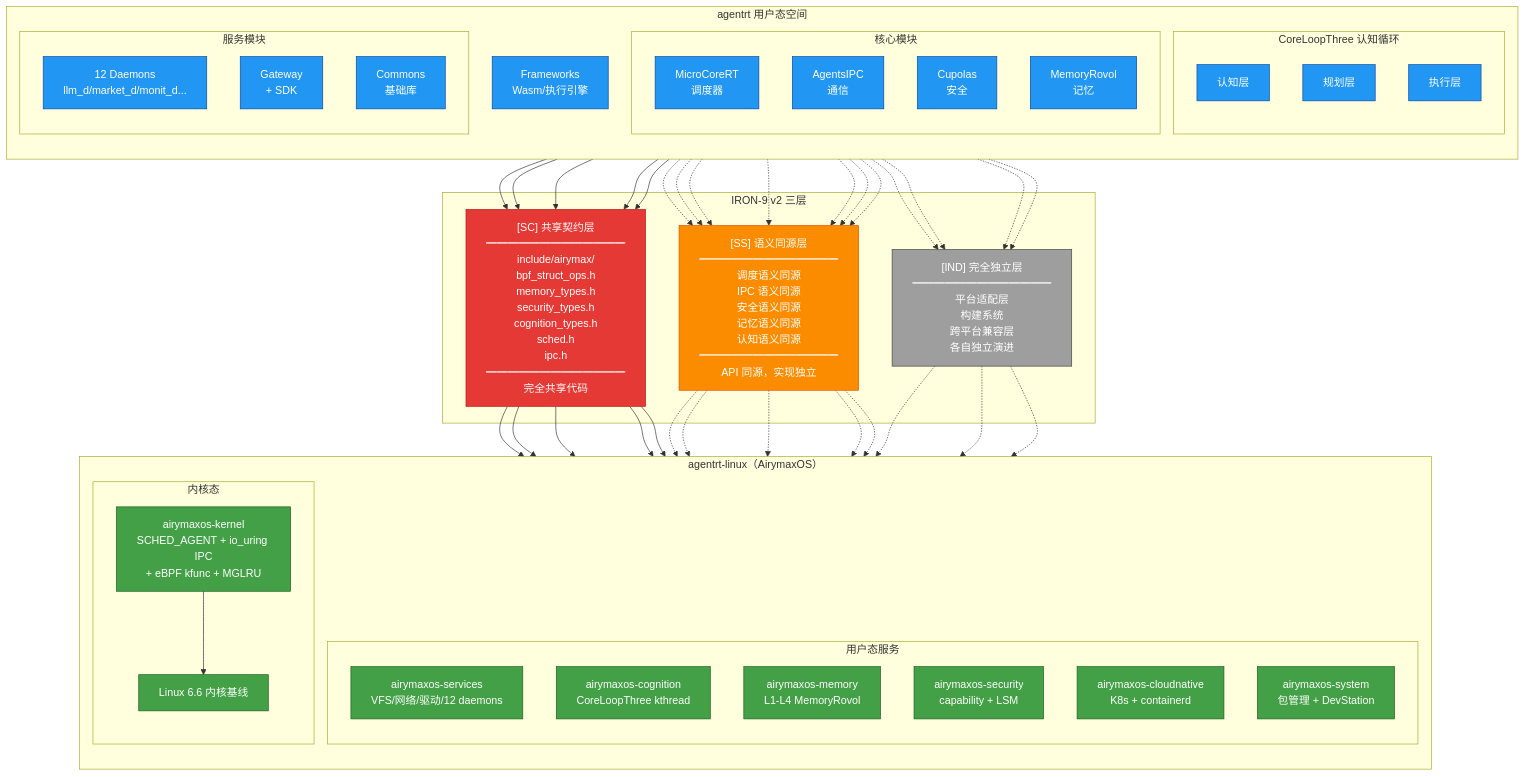
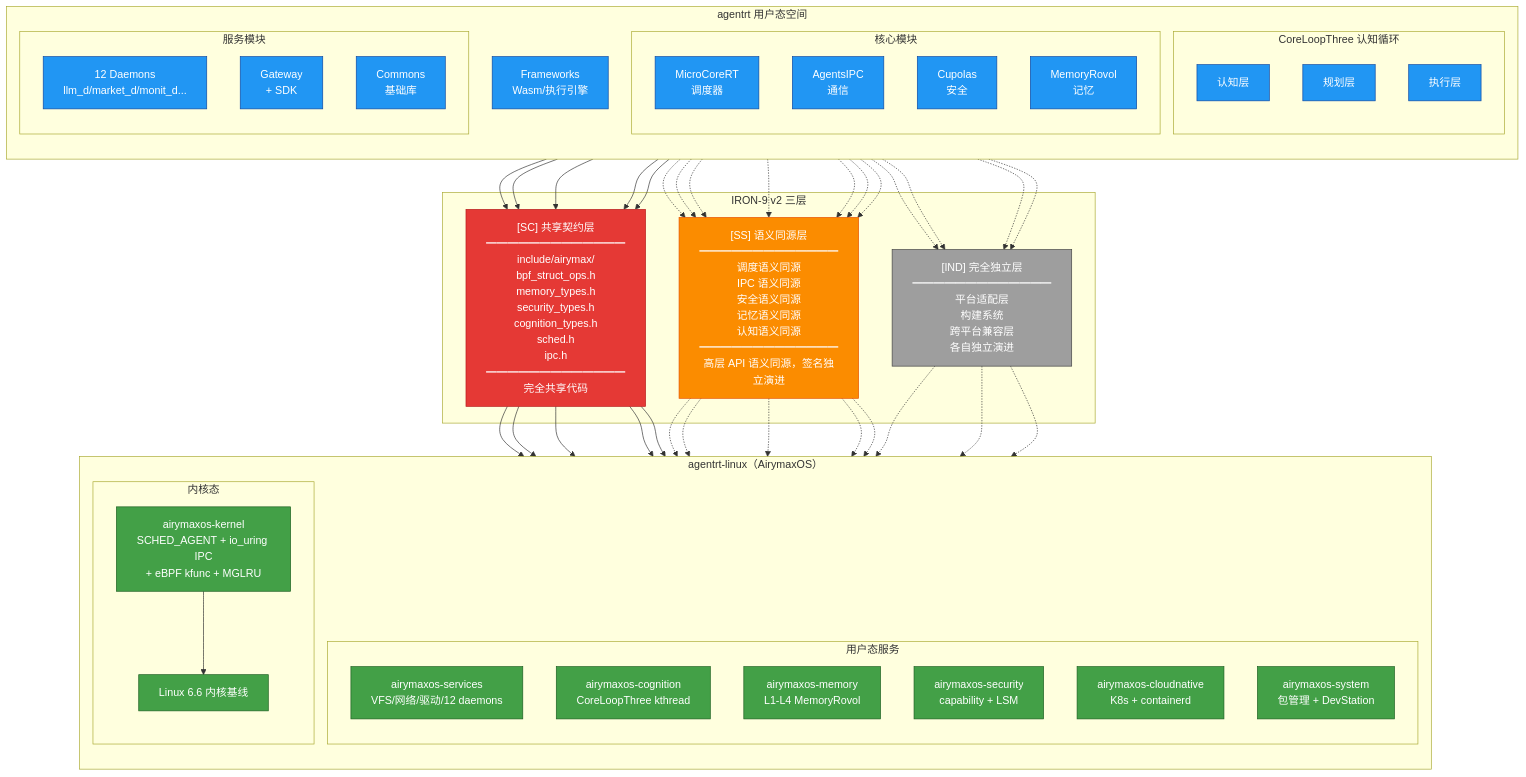
The first of 4 diagrams in 50-engineering-standards/40-integration/agentrt_integration.md (openairymax/docs-linux), drawn with Mermaid before and after one commit. The commit also changed other lines of this file and 132 other files, not shown here.

```diff
--- a/50-engineering-standards/40-integration/agentrt_integration.md
+++ b/50-engineering-standards/40-integration/agentrt_integration.md
@@ -52,7 +52,7 @@
 
     subgraph "IRON-9 v2 三层"
         SC["[SC] 共享契约层<br/>━━━━━━━━━━━━━<br/>include/airymax/<br/>bpf_struct_ops.h<br/>memory_types.h<br/>security_types.h<br/>cognition_types.h<br/>sched.h<br/>ipc.h<br/>━━━━━━━━━━━━━<br/>完全共享代码"]
-        SS["[SS] 语义同源层<br/>━━━━━━━━━━━━━<br/>调度语义同源<br/>IPC 语义同源<br/>安全语义同源<br/>记忆语义同源<br/>认知语义同源<br/>━━━━━━━━━━━━━<br/>API 同源，实现独立"]
+        SS["[SS] 语义同源层<br/>━━━━━━━━━━━━━<br/>调度语义同源<br/>IPC 语义同源<br/>安全语义同源<br/>记忆语义同源<br/>认知语义同源<br/>━━━━━━━━━━━━━<br/>高层 API 语义同源，签名独立演进"]
         IND["[IND] 完全独立层<br/>━━━━━━━━━━━━━<br/>平台适配层<br/>构建系统<br/>跨平台兼容层<br/>各自独立演进"]
     end
 
```
